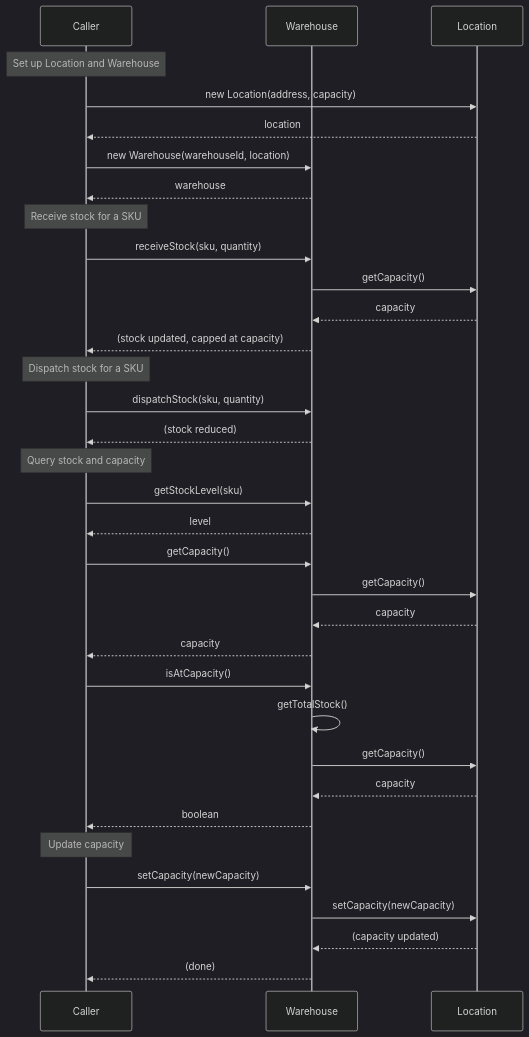
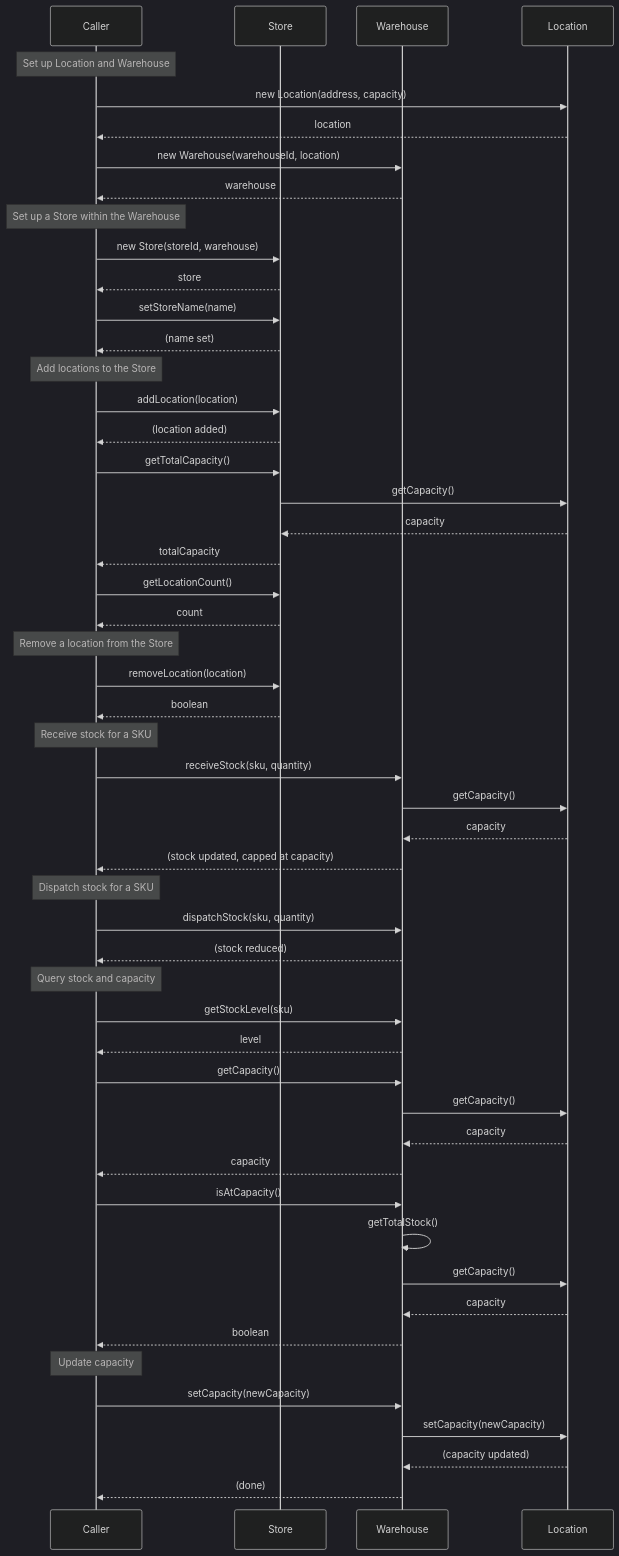
Before and after one commit to nichom01/GitHub-bob-demo: the diagram in docs/diagrams/sequence-diagram.md, drawn with Mermaid (dark theme). The commit also changed 3 other files, not shown here.

Commit message:
docs: auto-update release notes and diagrams via Bob

````diff
--- a/docs/diagrams/sequence-diagram.md
+++ b/docs/diagrams/sequence-diagram.md
@@ -3,44 +3,68 @@
 ```mermaid
 sequenceDiagram
     participant Caller
+    participant Store
     participant Warehouse
     participant Location
 
     Note over Caller: Set up Location and Warehouse
     Caller->>Location: new Location(address, capacity)
     Location-->>Caller: location
 
     Caller->>Warehouse: new Warehouse(warehouseId, location)
     Warehouse-->>Caller: warehouse
+
+    Note over Caller: Set up a Store within the Warehouse
+    Caller->>Store: new Store(storeId, warehouse)
+    Store-->>Caller: store
+
+    Caller->>Store: setStoreName(name)
+    Store-->>Caller: (name set)
+
+    Note over Caller: Add locations to the Store
+    Caller->>Store: addLocation(location)
+    Store-->>Caller: (location added)
+
+    Caller->>Store: getTotalCapacity()
+    Store->>Location: getCapacity()
+    Location-->>Store: capacity
+    Store-->>Caller: totalCapacity
+
+    Caller->>Store: getLocationCount()
+    Store-->>Caller: count
+
+    Note over Caller: Remove a location from the Store
+    Caller->>Store: removeLocation(location)
+    Store-->>Caller: boolean
 
     Note over Caller: Receive stock for a SKU
     Caller->>Warehouse: receiveStock(sku, quantity)
     Warehouse->>Location: getCapacity()
     Location-->>Warehouse: capacity
     Warehouse-->>Caller: (stock updated, capped at capacity)
 
     Note over Caller: Dispatch stock for a SKU
     Caller->>Warehouse: dispatchStock(sku, quantity)
     Warehouse-->>Caller: (stock reduced)
 
     Note over Caller: Query stock and capacity
     Caller->>Warehouse: getStockLevel(sku)
     Warehouse-->>Caller: level
 
     Caller->>Warehouse: getCapacity()
     Warehouse->>Location: getCapacity()
     Location-->>Warehouse: capacity
     Warehouse-->>Caller: capacity
 
     Caller->>Warehouse: isAtCapacity()
     Warehouse->>Warehouse: getTotalStock()
     Warehouse->>Location: getCapacity()
     Location-->>Warehouse: capacity
     Warehouse-->>Caller: boolean
 
     Note over Caller: Update capacity
     Caller->>Warehouse: setCapacity(newCapacity)
     Warehouse->>Location: setCapacity(newCapacity)
     Location-->>Warehouse: (capacity updated)
     Warehouse-->>Caller: (done)
 ```
````
